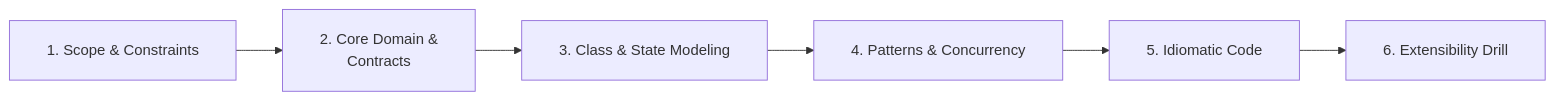
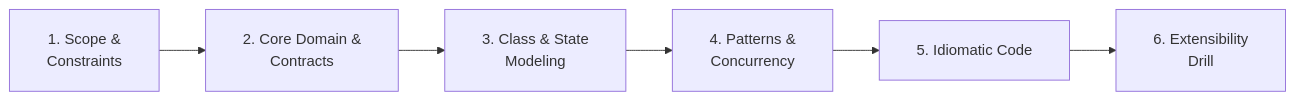
One commit to dip4k/DSA_102 changed the diagram in .agents/rules/lld-methodology.md. Above: the diagram before and after it, drawn with Mermaid. The commit also changed 106 other files, not shown here.

First line of the commit message:
fix(mermaid): prevent text clipping with foreignObject overflow and tighter line wrapping

````diff
--- a/.agents/rules/lld-methodology.md
+++ b/.agents/rules/lld-methodology.md
@@ -11,9 +11,9 @@
 ```mermaid
-%%{init: {"flowchart": {"htmlLabels": true, "padding": 20}}}%%
+%%{init: {"flowchart": {"htmlLabels": true, "padding": 20}, "themeCSS": "foreignObject { overflow: visible !important; }"}}%%
 flowchart LR
-    P1["1. Scope & Constraints"] --> P2["2. Core Domain &<br/>Contracts"]
-    P2 --> P3["3. Class & State Modeling"]
-    P3 --> P4["4. Patterns & Concurrency"]
+    P1["1. Scope &<br/>Constraints"] --> P2["2. Core Domain &<br/>Contracts"]
+    P2 --> P3["3. Class & State<br/>Modeling"]
+    P3 --> P4["4. Patterns &<br/>Concurrency"]
     P4 --> P5["5. Idiomatic Code"]
-    P5 --> P6["6. Extensibility Drill"]
+    P5 --> P6["6. Extensibility<br/>Drill"]
 ```
````
